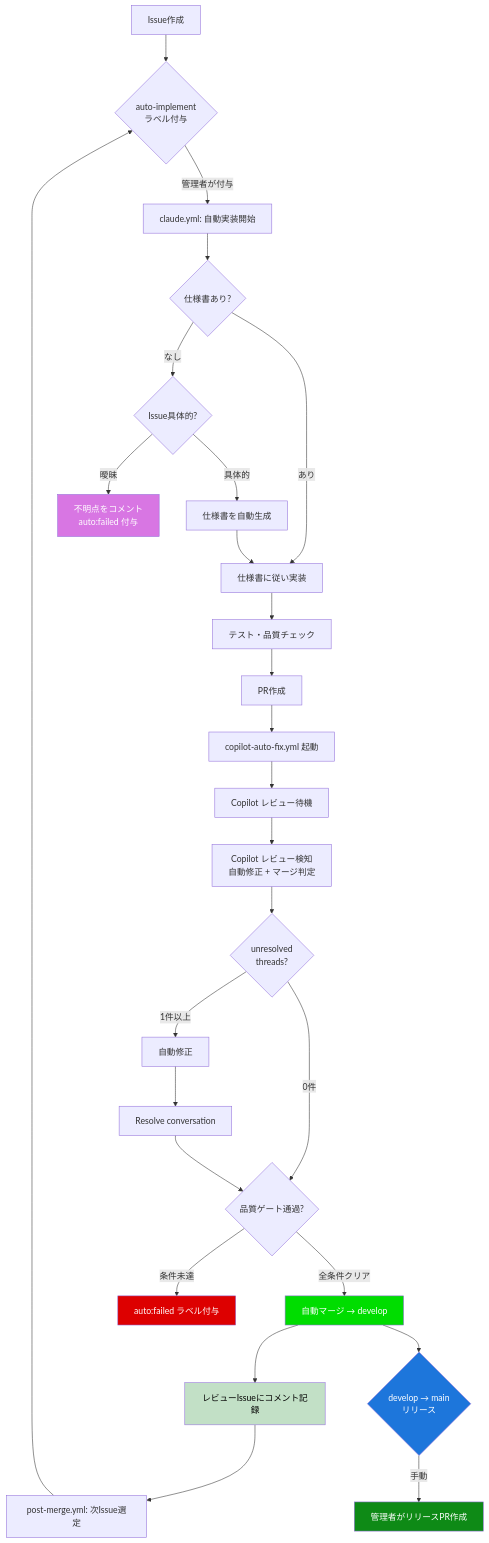
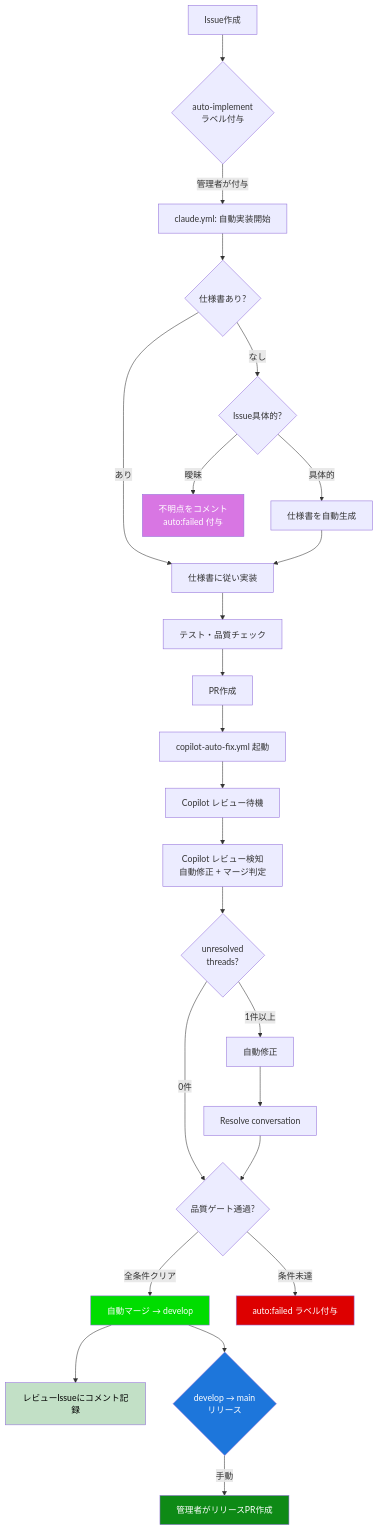
One commit to becky3/learning-companion changed the first of 3 diagrams in docs/specs/workflows/github/auto-progress.md. Above: the diagram before and after it, drawn with Mermaid. The commit also changed other lines of this file and 7 other files, not shown here.

````diff
--- a/docs/specs/workflows/github/auto-progress.md
+++ b/docs/specs/workflows/github/auto-progress.md
@@ -43,37 +43,35 @@
 ```mermaid
 flowchart TD
     A[Issue作成] --> B{auto-implement<br/>ラベル付与}
     B -->|管理者が付与| C[claude.yml: 自動実装開始]
     C --> D{仕様書あり?}
     D -->|あり| E[仕様書に従い実装]
     D -->|なし| D4{Issue具体的?}
     D4 -->|具体的| F[仕様書を自動生成]
     F --> E
     D4 -->|曖昧| F2[不明点をコメント<br/>auto:failed 付与]
     E --> G[テスト・品質チェック]
     G --> H[PR作成]
     H --> I[copilot-auto-fix.yml 起動]
     I --> I2[Copilot レビュー待機]
     I2 --> J[Copilot レビュー検知<br/>自動修正 + マージ判定]
     J --> K{unresolved<br/>threads?}
     K -->|0件| N{品質ゲート通過?}
     K -->|1件以上| L[自動修正]
     L --> M[Resolve conversation]
     M --> N
     N -->|全条件クリア| O[自動マージ → develop]
     N -->|条件未達| P[auto:failed ラベル付与]
 
     O --> S[レビューIssueにコメント記録]
-    S --> Q[post-merge.yml: 次Issue選定]
-    Q --> B
 
     O --> T{develop → main<br/>リリース}
     T -->|手動| U[管理者がリリースPR作成]
 
     style O fill:#0d0,color:#fff
     style P fill:#d00,color:#fff
     style F2 fill:#d876e3,color:#fff
     style S fill:#C2E0C6,color:#000
     style T fill:#1D76DB,color:#fff
     style U fill:#0E8A16,color:#fff
 ```
````
